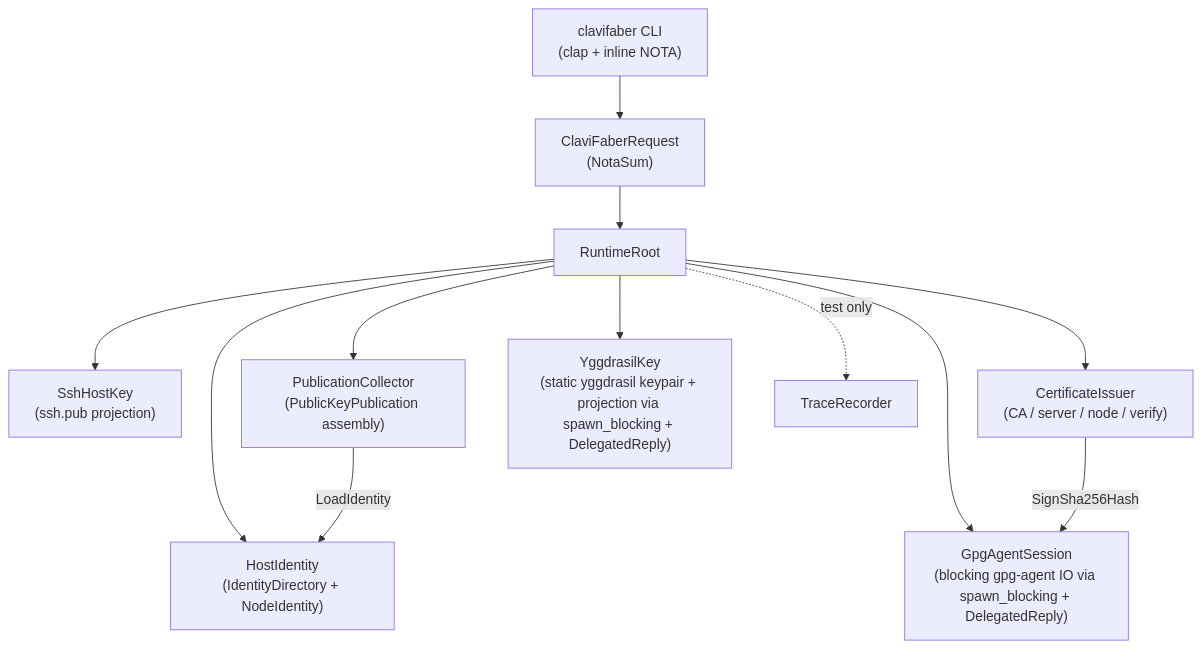
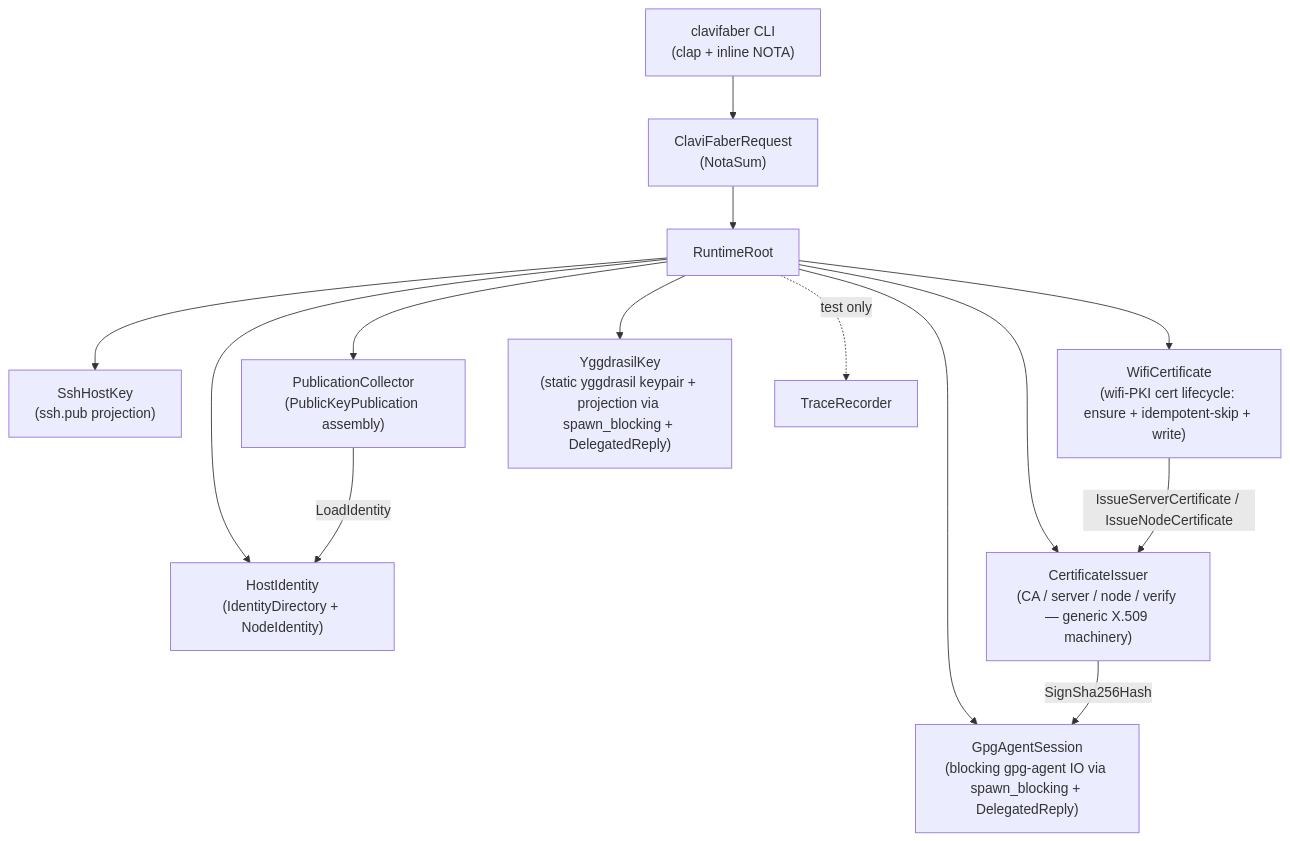
One commit to LiGoldragon/clavifaber changed the diagram in ARCHITECTURE.md. Above: the diagram before and after it, drawn with Mermaid. The commit also changed other lines of this file and 1 other file, not shown here.

````diff
--- a/ARCHITECTURE.md
+++ b/ARCHITECTURE.md
@@ -13,15 +13,17 @@
 ```mermaid
 flowchart TB
     cli["clavifaber CLI<br/>(clap + inline NOTA)"] --> request["ClaviFaberRequest<br/>(NotaSum)"]
     request --> root["RuntimeRoot"]
     root --> host_identity["HostIdentity<br/>(IdentityDirectory + NodeIdentity)"]
     root --> ssh_host_key["SshHostKey<br/>(ssh.pub projection)"]
     root --> publication_collector["PublicationCollector<br/>(PublicKeyPublication assembly)"]
-    root --> certificate_issuer["CertificateIssuer<br/>(CA / server / node / verify)"]
+    root --> certificate_issuer["CertificateIssuer<br/>(CA / server / node / verify — generic X.509 machinery)"]
+    root --> wifi_certificate["WifiCertificate<br/>(wifi-PKI cert lifecycle: ensure + idempotent-skip + write)"]
     root --> gpg_agent_session["GpgAgentSession<br/>(blocking gpg-agent IO via spawn_blocking + DelegatedReply)"]
     root --> yggdrasil_key["YggdrasilKey<br/>(static yggdrasil keypair + projection via spawn_blocking + DelegatedReply)"]
     root -. test only .-> trace_recorder["TraceRecorder"]
 
     publication_collector -->|LoadIdentity| host_identity
     certificate_issuer -->|SignSha256Hash| gpg_agent_session
+    wifi_certificate -->|IssueServerCertificate / IssueNodeCertificate| certificate_issuer
 ```
````
